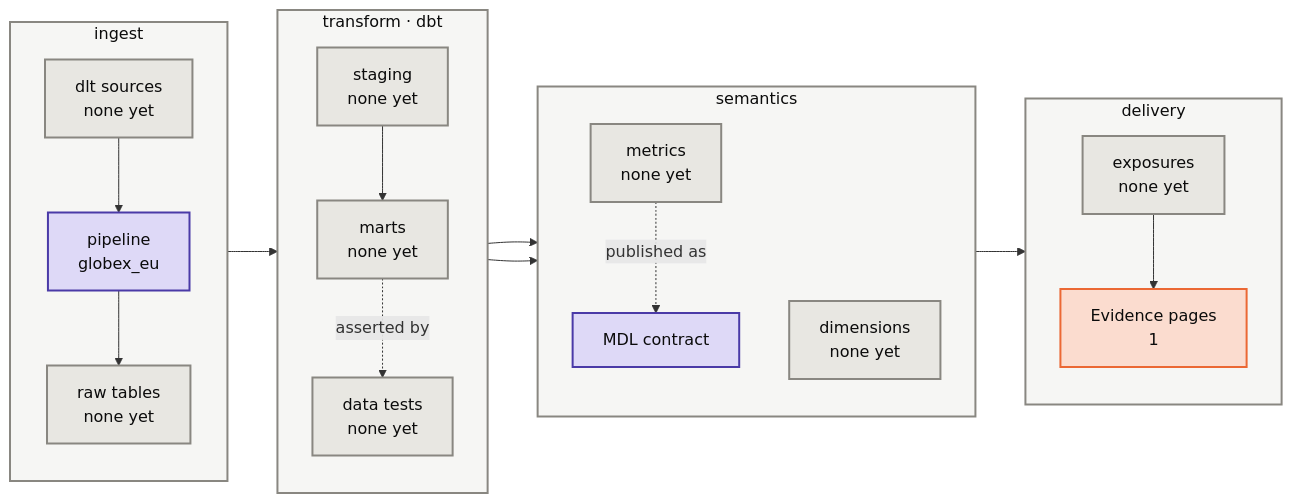
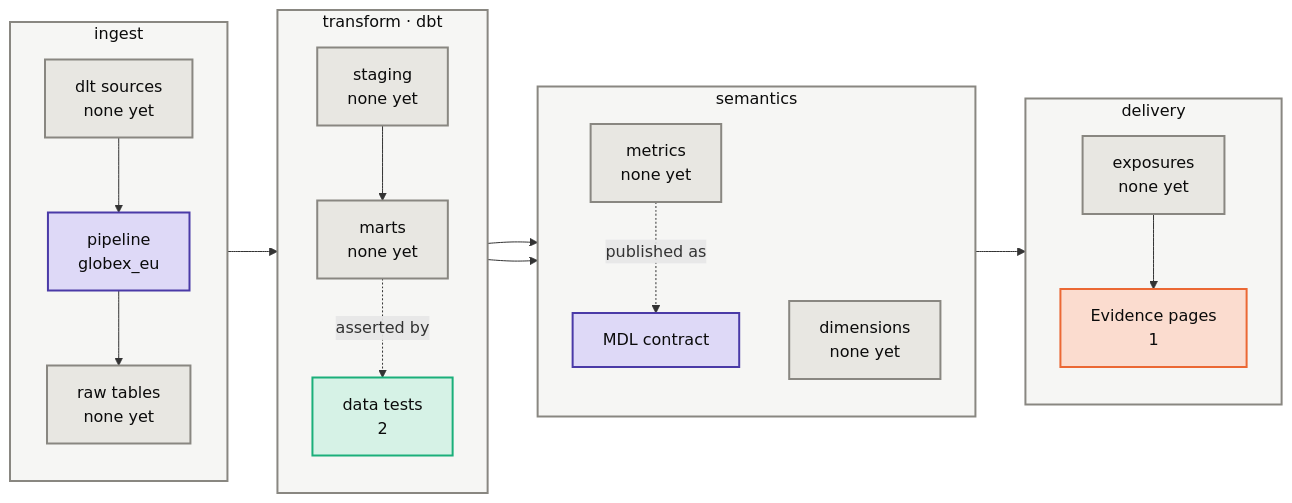
The first of 3 diagrams in groups/globex/projects/globex-eu/kg/architecture.md (Atomz-org/data-platform), drawn with Mermaid before and after one commit. The commit also changed other lines of this file and 8 other files, not shown here.

First line of the commit message:
Regenerate the nine maps from a graph that was actually built

````diff
--- a/groups/globex/projects/globex-eu/kg/architecture.md
+++ b/groups/globex/projects/globex-eu/kg/architecture.md
@@ -10,41 +10,41 @@
 ```mermaid
 flowchart LR
     subgraph LI["ingest"]
         direction TB
         I1["dlt sources<br/>none yet"]:::neutral
         I2["pipeline<br/>globex_eu"]:::platform
         I3["raw tables<br/>none yet"]:::neutral
     end
     subgraph LT["transform · dbt"]
         direction TB
         T1["staging<br/>none yet"]:::neutral
         T2["marts<br/>none yet"]:::neutral
-        T3["data tests<br/>none yet"]:::neutral
+        T3["data tests<br/>2"]:::model
     end
     subgraph LS["semantics"]
         direction TB
         S1["metrics<br/>none yet"]:::neutral
         S2["dimensions<br/>none yet"]:::neutral
         S3["MDL contract"]:::platform
     end
     subgraph LD["delivery"]
         direction TB
         D1["exposures<br/>none yet"]:::neutral
         D2["Evidence pages<br/>1"]:::exposure
     end
     I1 --> I2 --> I3 --> T1 --> T2
     T2 --> S1 --> D1 --> D2
     T2 --> S2
     S1 -.published as.-> S3
     T2 -.asserted by.-> T3
     classDef ingress fill:#cde2fb,stroke:#2a78d6,stroke-width:2px,color:#0b0b0b
     classDef platform fill:#ded9f7,stroke:#4a3aa7,stroke-width:2px,color:#0b0b0b
     classDef raw fill:#fbe8bd,stroke:#eda100,stroke-width:2px,color:#0b0b0b
     classDef model fill:#d6f2e6,stroke:#1baf7a,stroke-width:2px,color:#0b0b0b
     classDef metric fill:#fadfe8,stroke:#e87ba4,stroke-width:2px,color:#0b0b0b
     classDef exposure fill:#fbdccf,stroke:#eb6834,stroke-width:2px,color:#0b0b0b
     classDef neutral fill:#e8e7e2,stroke:#898781,stroke-width:2px,color:#0b0b0b
     classDef project fill:#e3eefc,stroke:#2a78d6,stroke-width:2px,color:#0b0b0b
     classDef lane fill:#f6f6f4,stroke:#898781,stroke-width:2px,color:#0b0b0b
     class LI,LT,LS,LD lane
 ```
````
